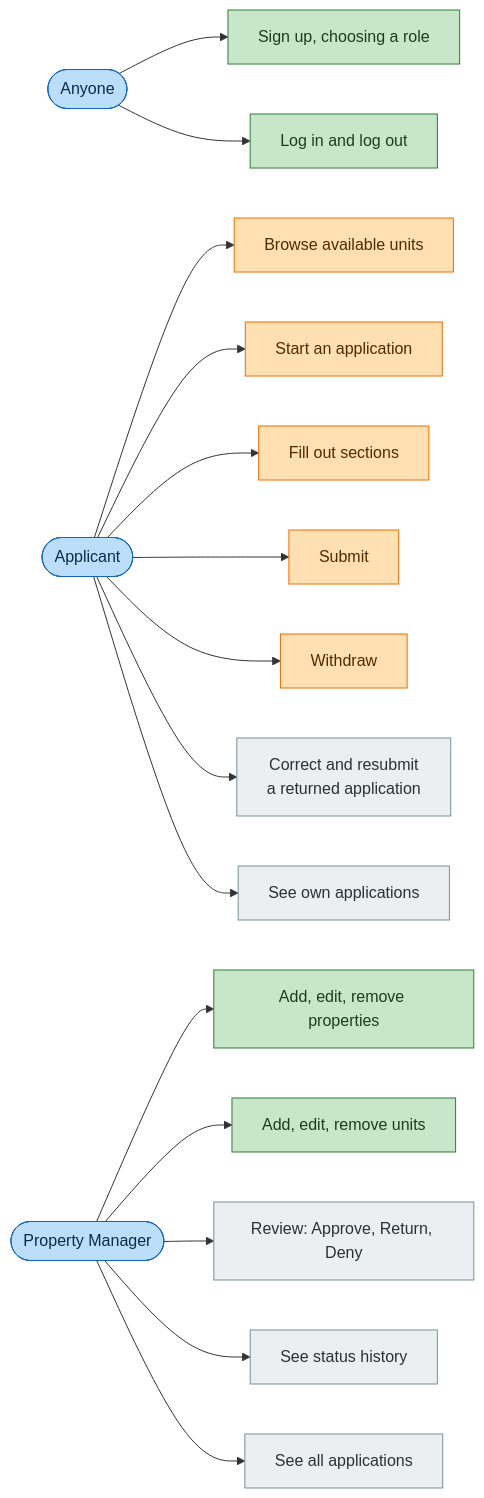
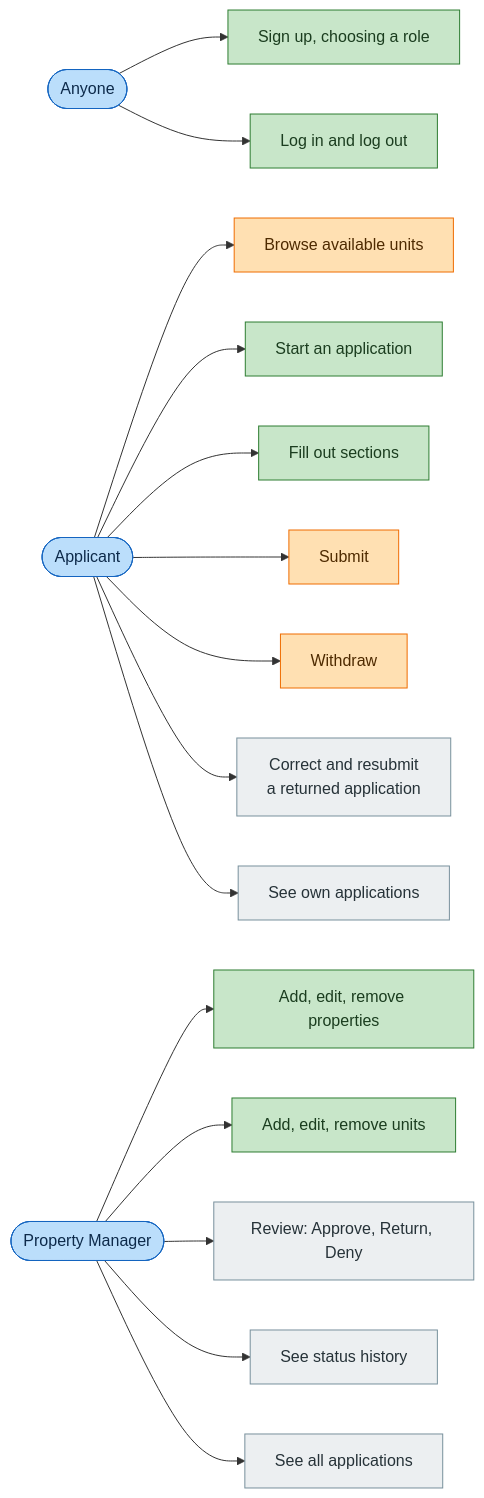
Before and after one commit to breps83/troy-rentalportal: the second of 7 diagrams in docs/diagrams.md, drawn with Mermaid. The commit also changed other lines of this file and 1 other file, not shown here.

First line of the commit message:
Document application and modal progress

````diff
--- a/docs/diagrams.md
+++ b/docs/diagrams.md
@@ -67,28 +67,28 @@
 ```mermaid
 flowchart LR
     classDef done fill:#c8e6c9,stroke:#2e7d32,color:#1b3d1f
     classDef partial fill:#ffe0b2,stroke:#ef6c00,color:#4e2a00
     classDef todo fill:#eceff1,stroke:#78909c,color:#263238
     classDef actor fill:#bbdefb,stroke:#1565c0,color:#0d2a4a
 
     Anyone(["Anyone"]):::actor
     A(["Applicant"]):::actor
     PM(["Property Manager"]):::actor
 
     Anyone --> SignUp["Sign up, choosing a role"]:::done
     Anyone --> LogIn["Log in and log out"]:::done
 
     A --> Browse["Browse available units"]:::partial
-    A --> Start["Start an application"]:::partial
-    A --> Fill["Fill out sections"]:::partial
+    A --> Start["Start an application"]:::done
+    A --> Fill["Fill out sections"]:::done
     A --> Submit["Submit"]:::partial
     A --> Withdraw["Withdraw"]:::partial
     A --> Resubmit["Correct and resubmit<br/>a returned application"]:::todo
     A --> OwnList["See own applications"]:::todo
 
     PM --> Props["Add, edit, remove properties"]:::done
     PM --> Units["Add, edit, remove units"]:::done
     PM --> Review["Review: Approve, Return, Deny"]:::todo
     PM --> History["See status history"]:::todo
     PM --> AllList["See all applications"]:::todo
 ```
````
